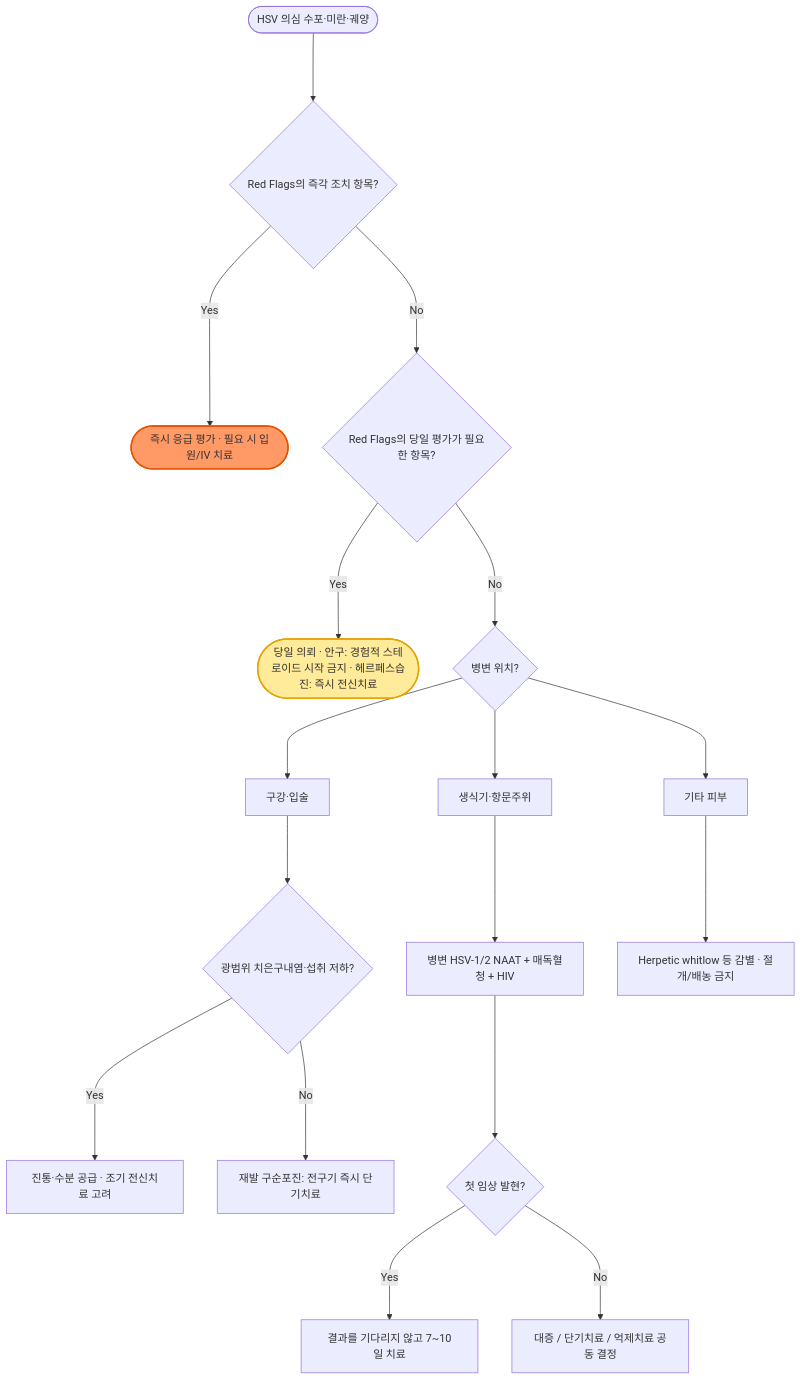
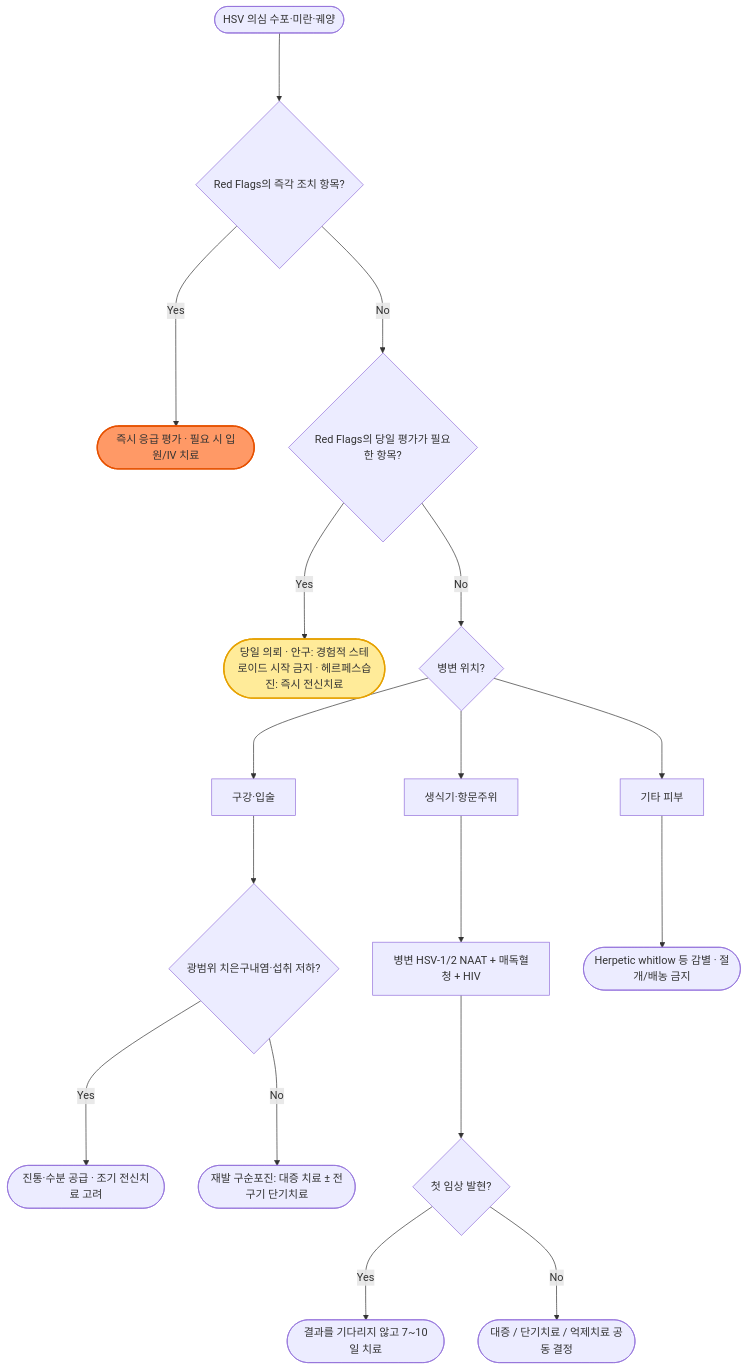
The diagram in 229_/181_-herpes-simplex.md (familyoh77/familyoh77), drawn with Mermaid before and after one commit. The commit also changed other lines of this file and 10 other files, not shown here.

````diff
--- a/229_/181_-herpes-simplex.md
+++ b/229_/181_-herpes-simplex.md
@@ -171,21 +179,21 @@
 ```mermaid
 flowchart TD
     A(["HSV 의심 수포·미란·궤양"]) ---> B{"Red Flags의 즉각 조치 항목?"}
     B --->|Yes| C(["즉시 응급 평가 · 필요 시 입원/IV 치료"])
     B --->|No| R{"Red Flags의 당일 평가가 필요한 항목?"}
     R --->|Yes| S(["당일 의뢰 · 안구: 경험적 스테로이드 시작 금지 · 헤르페스습진: 즉시 전신치료"])
     R --->|No| D{"병변 위치?"}
     D ---> E["구강·입술"]
     D ---> F["생식기·항문주위"]
     D ---> G["기타 피부"]
     E ---> H{"광범위 치은구내염·섭취 저하?"}
-    H --->|Yes| I["진통·수분 공급 · 조기 전신치료 고려"]
-    H --->|No| J["재발 구순포진: 전구기 즉시 단기치료"]
+    H --->|Yes| I(["진통·수분 공급 · 조기 전신치료 고려"])
+    H --->|No| J(["재발 구순포진: 대증 치료 ± 전구기 단기치료"])
     F ---> K["병변 HSV-1/2 NAAT + 매독혈청 + HIV"]
     K ---> L{"첫 임상 발현?"}
-    L --->|Yes| M["결과를 기다리지 않고 7~10일 치료"]
-    L --->|No| N["대증 / 단기치료 / 억제치료 공동 결정"]
-    G ---> Q["Herpetic whitlow 등 감별 · 절개/배농 금지"]
+    L --->|Yes| M(["결과를 기다리지 않고 7~10일 치료"])
+    L --->|No| N(["대증 / 단기치료 / 억제치료 공동 결정"])
+    G ---> Q(["Herpetic whitlow 등 감별 · 절개/배농 금지"])
     style C fill:#f96,stroke:#e65100,stroke-width:2px
     style S fill:#ffeb99,stroke:#e6a100,stroke-width:2px
 ```
````
